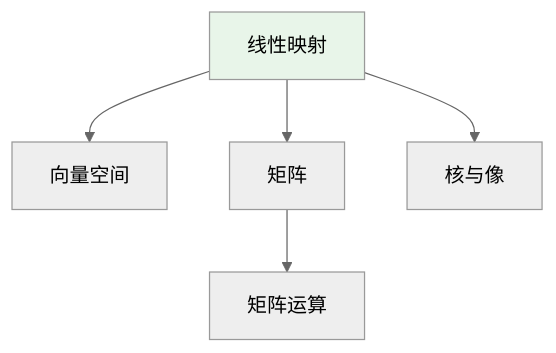
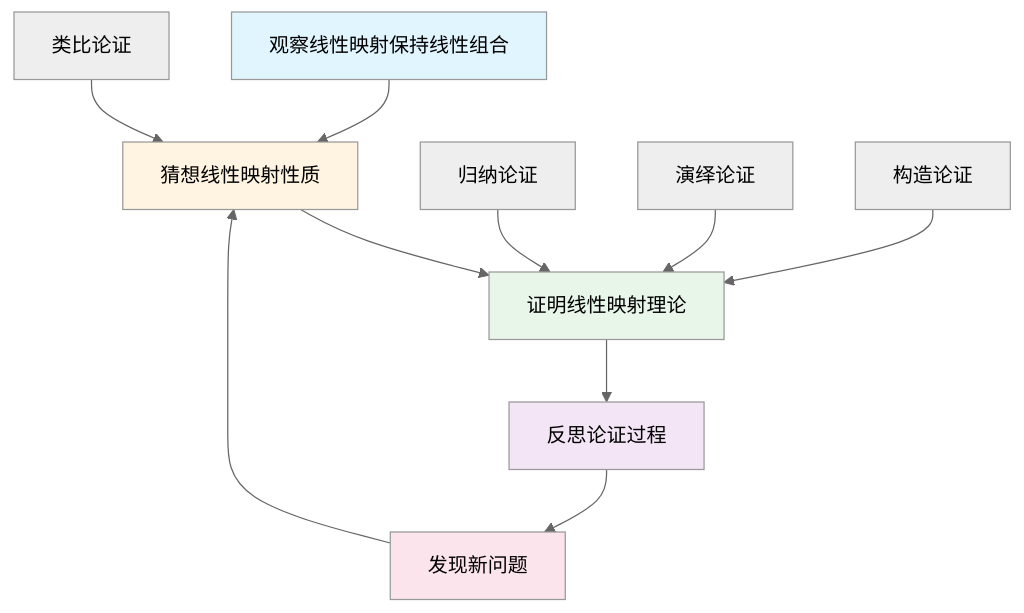
One commit to AdaMartin18010/FormalMath changed the fifth of 10 diagrams in concept/核心概念/12-线性映射.md. Above: the diagram before and after it, drawn with Mermaid (neutral theme). The commit also changed other lines of this file and 4793 other files, not shown here.

````diff
--- a/concept/核心概念/12-线性映射.md
+++ b/concept/核心概念/12-线性映射.md
@@ -655,9 +1481,19 @@
 ```mermaid
 graph TD
-    A[线性映射] --> B[向量空间]
-    A --> C[矩阵]
-    A --> D[核与像]
-    C --> E[矩阵运算]
+    A[观察线性映射保持线性组合] --> B[猜想线性映射性质]
+    B --> C[证明线性映射理论]
+    C --> D[反思论证过程]
+    D --> E[发现新问题]
+    E --> B
 
-    style A fill:#e8f5e9
+    F[归纳论证] --> C
+    G[演绎论证] --> C
+    H[类比论证] --> B
+    I[构造论证] --> C
+
+    style A fill:#e1f5ff
+    style B fill:#fff4e1
+    style C fill:#e8f5e9
+    style D fill:#f3e5f5
+    style E fill:#fce4ec
 ```
````
